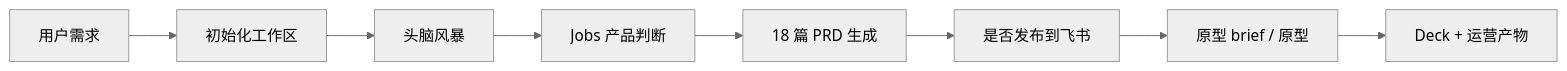
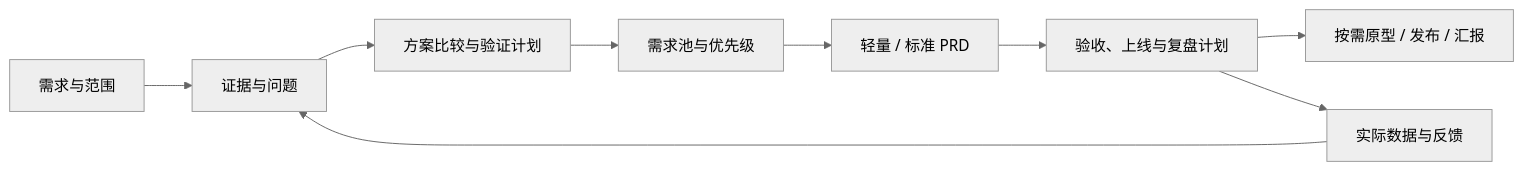
The diagram in README.md (xufeng-yulm/pd-skill), drawn with Mermaid (neutral theme) before and after one commit. The commit also changed other lines of this file and 15 other files, not shown here.

````diff
--- a/README.md
+++ b/README.md
@@ -294,10 +136,11 @@
 ```mermaid
 flowchart LR
-    A["用户需求"] --> B["初始化工作区"]
-    B --> C["头脑风暴"]
-    C --> D["Jobs 产品判断"]
-    D --> E["18 篇 PRD 生成"]
-    E --> F["是否发布到飞书"]
-    F --> G["原型 brief / 原型"]
-    G --> H["Deck + 运营产物"]
+    A["需求与范围"] --> B["证据与问题"]
+    B --> C["方案比较与验证计划"]
+    C --> D["需求池与优先级"]
+    D --> E["轻量 / 标准 PRD"]
+    E --> F["验收、上线与复盘计划"]
+    F --> G["按需原型 / 发布 / 汇报"]
+    F --> H["实际数据与反馈"]
+    H --> B
 ```
````
